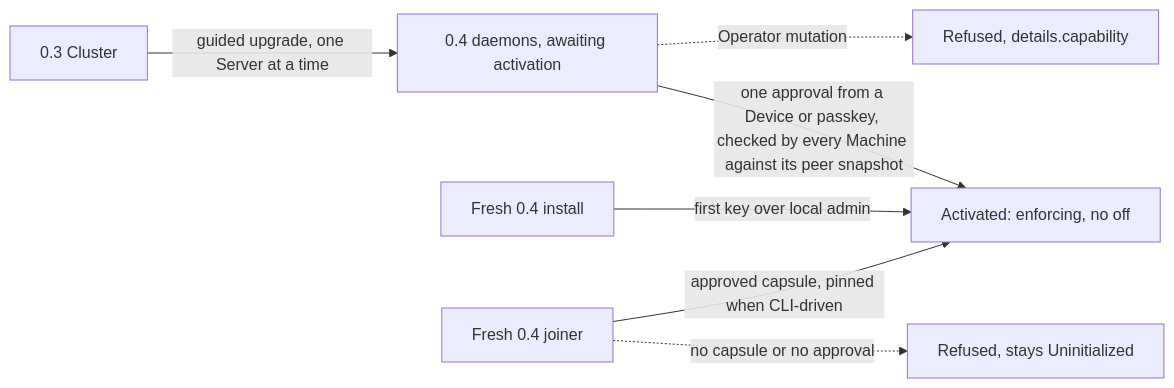
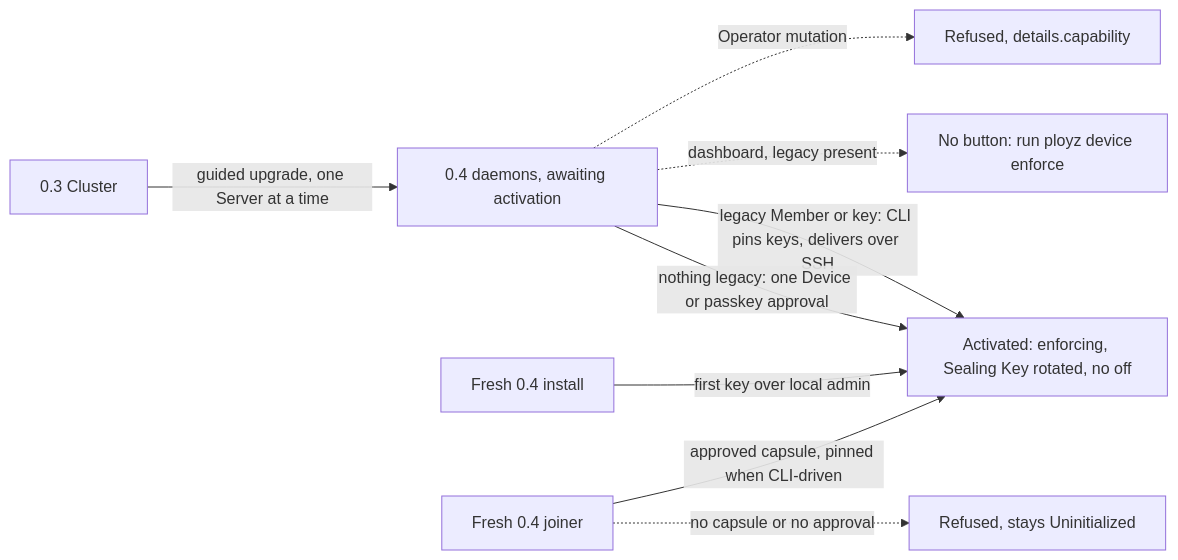
Before and after one commit to getployz/ployz: the diagram in docs/agents/plans/security-0.4/f-plan.md, drawn with Mermaid. The commit also changed other lines of this file, not shown here.

First line of the commit message:
Trust nothing learned with enforcement off at activation, and rotate the Sealing Key

````diff
--- a/docs/agents/plans/security-0.4/f-plan.md
+++ b/docs/agents/plans/security-0.4/f-plan.md
@@ -107,9 +128,11 @@
 ```mermaid
 flowchart LR
   A[0.3 Cluster] -->|guided upgrade, one Server at a time| B[0.4 daemons, awaiting activation]
-  B -->|one approval from a Device or passkey, checked by every Machine against its peer snapshot| C[Activated: enforcing, no off]
+  B -->|legacy Member or key: CLI pins keys, delivers over SSH| C[Activated: enforcing, Sealing Key rotated, no off]
+  B -->|nothing legacy: one Device or passkey approval| C
+  B -.->|dashboard, legacy present| R3[No button: run ployz device enforce]
   D[Fresh 0.4 install] -->|first key over local admin| C
   E[Fresh 0.4 joiner] -->|approved capsule, pinned when CLI-driven| C
   B -.->|Operator mutation| R1[Refused, details.capability]
   E -.->|no capsule or no approval| R2[Refused, stays Uninitialized]
 ```
````
